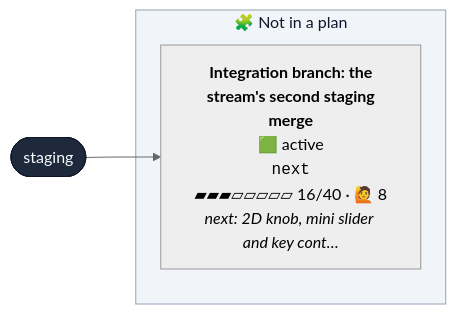
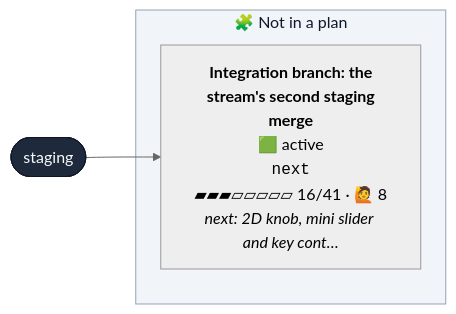
One commit to henryjonescodes/portfolio changed the first of 2 diagrams in CONTRIBUTING.md. Above: the diagram before and after it, drawn with Mermaid (neutral theme). The commit also changed other lines of this file, not shown here.

````diff
--- a/CONTRIBUTING.md
+++ b/CONTRIBUTING.md
@@ -16,18 +16,18 @@
 ```mermaid
 flowchart LR
   n_staging([staging])
   class n_staging trunk
   subgraph loose["🧩 Not in a plan"]
-    n_next["<b>Integration branch: the<br/>stream's second staging<br/>merge</b><br/>🟩 active<br/><code>next</code><br/>▰▰▰▱▱▱▱▱ 16/40 · 🙋 8<br/><i>next: 2D knob, mini slider and key cont…</i>"]
+    n_next["<b>Integration branch: the<br/>stream's second staging<br/>merge</b><br/>🟩 active<br/><code>next</code><br/>▰▰▰▱▱▱▱▱ 16/41 · 🙋 8<br/><i>next: 2D knob, mini slider and key cont…</i>"]
     class n_next active,current
   end
   style loose fill:#f1f5f9,stroke:#94a3b8,color:#0f172a
   n_staging --> n_next
   classDef planned fill:#c7d2fe,stroke:#4f46e5,color:#1e1b4b
   classDef sketched fill:#f8fafc,stroke:#64748b,stroke-dasharray:4 3,color:#334155
   classDef active fill:#bbf7d0,stroke:#16a34a,stroke-width:3px,color:#052e16
   classDef review fill:#fde68a,stroke:#d97706,stroke-width:3px,color:#451a03
   classDef blocked fill:#fecaca,stroke:#dc2626,stroke-width:3px,color:#450a0a
   classDef trunk fill:#1e293b,stroke:#0f172a,color:#f8fafc
   classDef current stroke:#0ea5e9,stroke-width:5px
 ```
````
